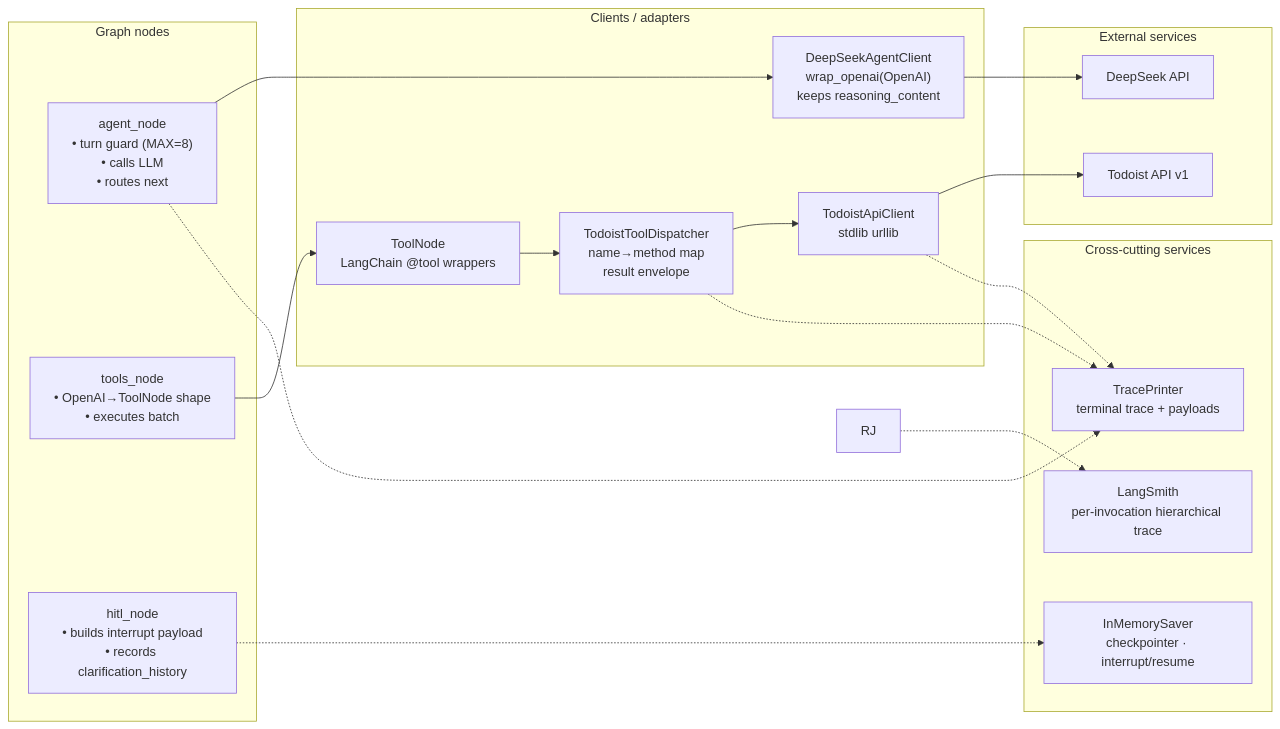
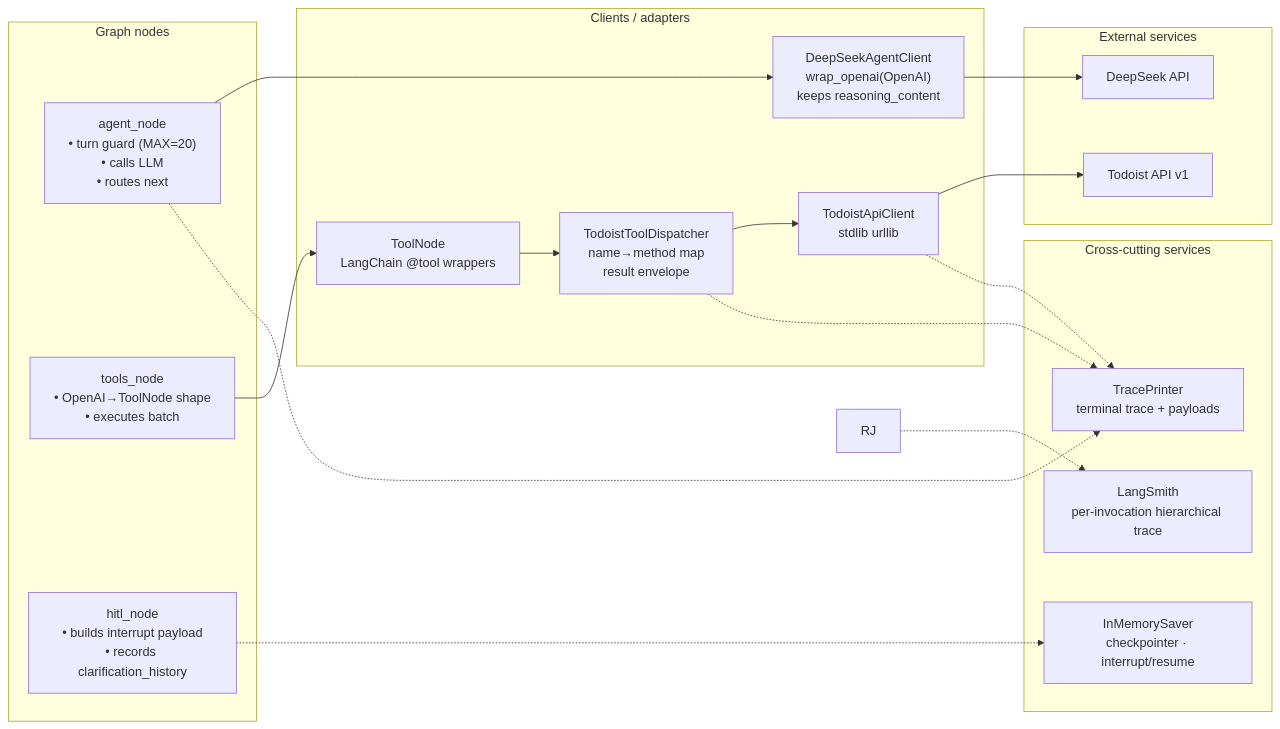
One commit to mcxraider/jarvis changed the second of 3 diagrams in agents/jarvis_architecture.md. Above: the diagram before and after it, drawn with Mermaid. The commit also changed other lines of this file and 6 other files, not shown here.

````diff
--- a/agents/jarvis_architecture.md
+++ b/agents/jarvis_architecture.md
@@ -53,34 +53,34 @@
 ```mermaid
 flowchart LR
     subgraph CORE["Graph nodes"]
-        A["agent_node<br/>• turn guard (MAX=8)<br/>• calls LLM<br/>• routes next"]
+        A["agent_node<br/>• turn guard (MAX=20)<br/>• calls LLM<br/>• routes next"]
         T["tools_node<br/>• OpenAI→ToolNode shape<br/>• executes batch"]
         H["hitl_node<br/>• builds interrupt payload<br/>• records clarification_history"]
     end
 
     subgraph CLIENTS["Clients / adapters"]
         DSC["DeepSeekAgentClient<br/>wrap_openai(OpenAI)<br/>keeps reasoning_content"]
         TN["ToolNode<br/>LangChain @tool wrappers"]
         DISP["TodoistToolDispatcher<br/>name→method map<br/>result envelope"]
         TC["TodoistApiClient<br/>stdlib urllib"]
     end
 
     subgraph EXT["External services"]
         DS["DeepSeek API"]
         TD["Todoist API v1"]
     end
 
     subgraph CROSS["Cross-cutting services"]
         CP["InMemorySaver<br/>checkpointer · interrupt/resume"]
         LS["LangSmith<br/>per-invocation hierarchical trace"]
         TP["TracePrinter<br/>terminal trace + payloads"]
     end
 
     A --> DSC --> DS
     T --> TN --> DISP --> TC --> TD
     H -.-> CP
     A -.-> TP
     RJ -.-> LS
     DISP -.-> TP
     TC -.-> TP
 ```
````
